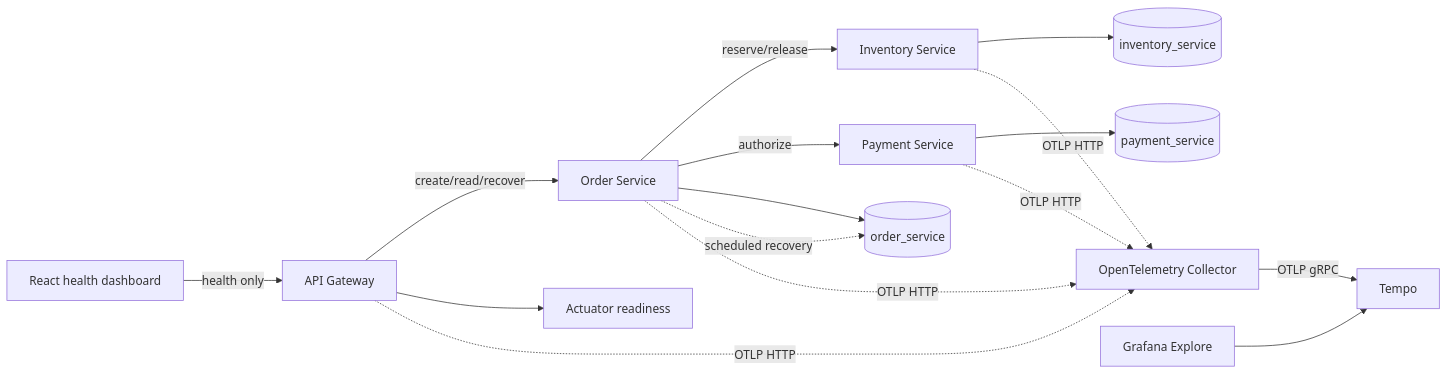
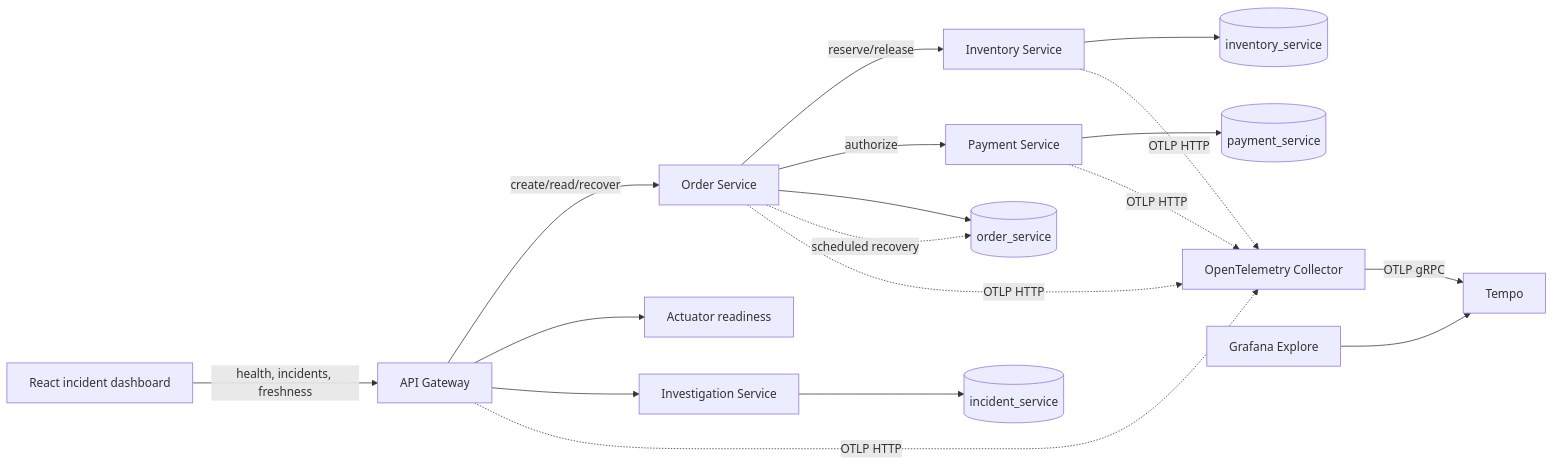
Before and after one commit to LohithaK25/TraceForge: the first of 2 diagrams in docs/architecture.md, drawn with Mermaid. The commit also changed other lines of this file and 13 other files, not shown here.

Commit message:
feat: complete Phase 4 incident dashboard

````diff
--- a/docs/architecture.md
+++ b/docs/architecture.md
@@ -7,18 +7,20 @@
 ```mermaid
 flowchart LR
-  Browser[React health dashboard] -->|health only| Gateway[API Gateway]
+  Browser[React incident dashboard] -->|health, incidents, freshness| Gateway[API Gateway]
   Gateway -->|create/read/recover| Order[Order Service]
   Order -->|reserve/release| Inventory[Inventory Service]
   Order -->|authorize| Payment[Payment Service]
   Order --> OrderDB[(order_service)]
   Inventory --> InventoryDB[(inventory_service)]
   Payment --> PaymentDB[(payment_service)]
   Order -. scheduled recovery .-> OrderDB
   Gateway --> Actuator[Actuator readiness]
+  Gateway --> Investigation[Investigation Service]
+  Investigation --> IncidentDB[(incident_service)]
   Gateway -. OTLP HTTP .-> Collector[OpenTelemetry Collector]
   Order -. OTLP HTTP .-> Collector
   Inventory -. OTLP HTTP .-> Collector
   Payment -. OTLP HTTP .-> Collector
   Collector -->|OTLP gRPC| Tempo[Tempo]
   Grafana[Grafana Explore] --> Tempo
 ```
````
